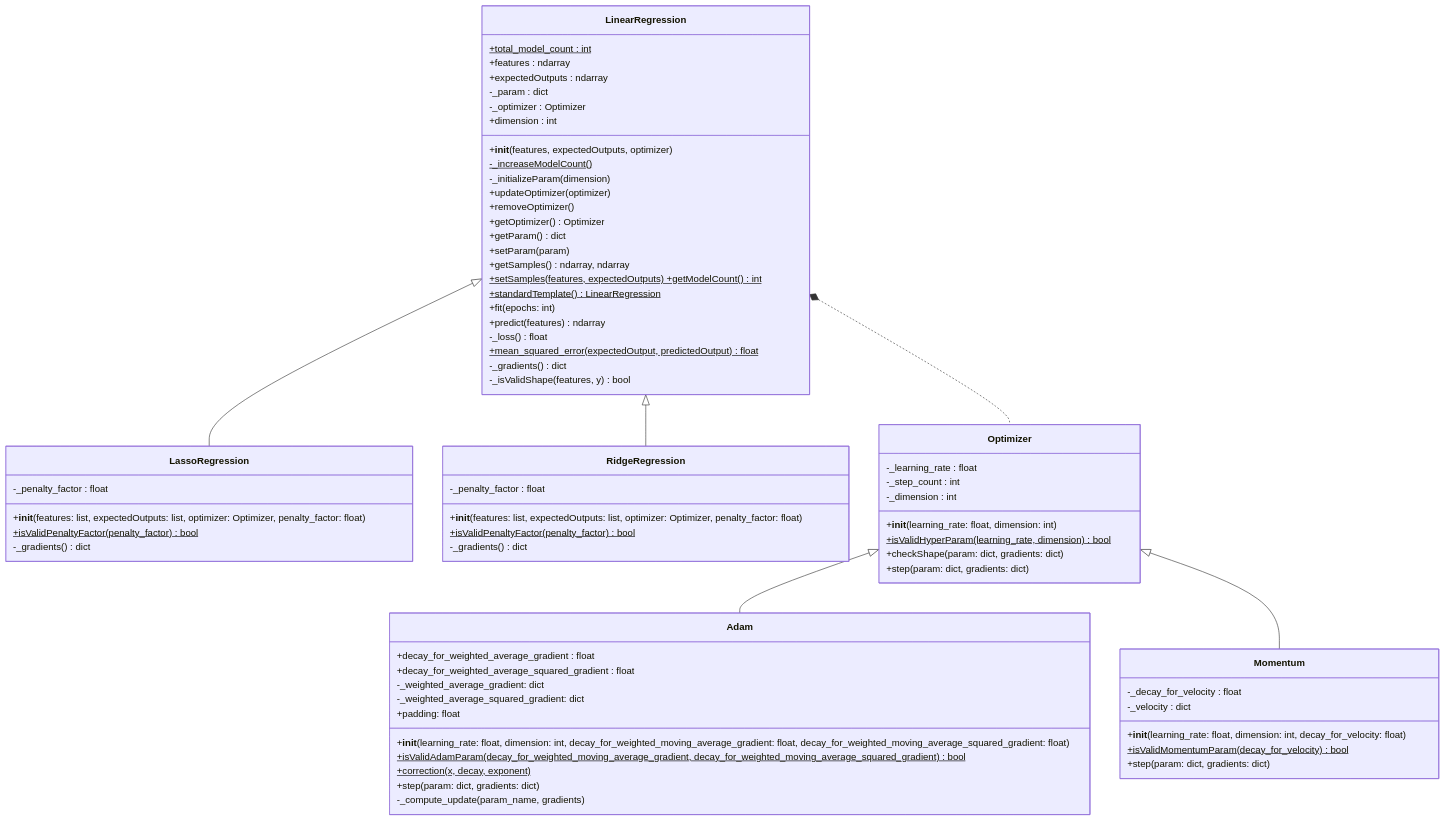
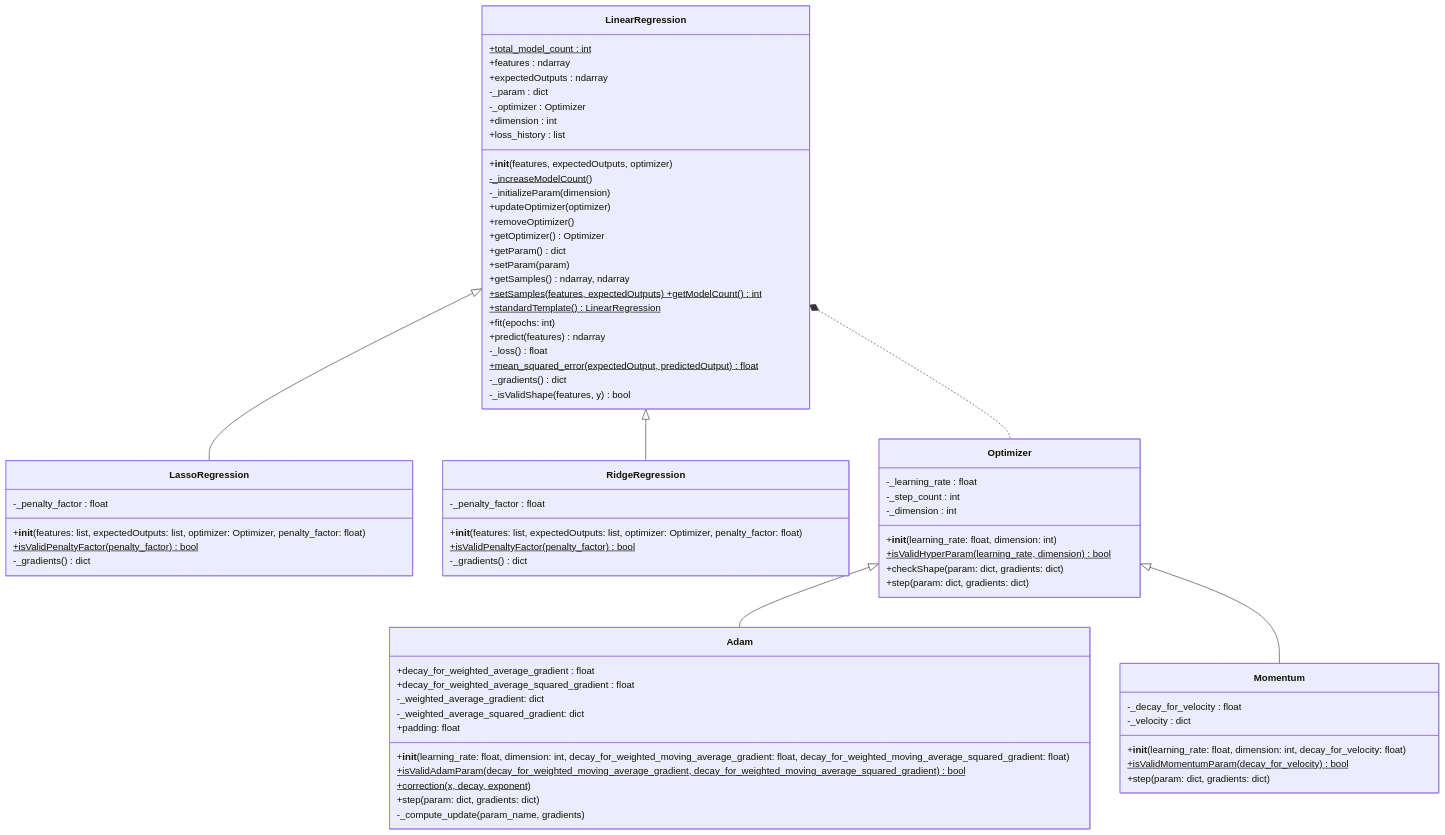
One commit to alexanderjiaschool/LinearRegression changed the diagram in UML.md. Above: the diagram before and after it, drawn with Mermaid. The commit also changed 2 other files, not shown here.

Commit message:
Updated loss history record in LinearRegression, rearranged UML diagram and updated demo code to use matplotlib

````diff
--- a/UML.md
+++ b/UML.md
@@ -1,79 +1,80 @@
 ```mermaid
 classDiagram
     class LinearRegression {
         +total_model_count : int$
         +features : ndarray
         +expectedOutputs : ndarray
         -_param : dict
         -_optimizer : Optimizer
+        +dimension : int
+        +loss_history : list
         +__init__(features, expectedOutputs, optimizer)
         -_increaseModelCount()$
-        +dimension : int
         -_initializeParam(dimension)
         +updateOptimizer(optimizer)
         +removeOptimizer()
         +getOptimizer() Optimizer
         +getParam() dict
         +setParam(param)
         +getSamples() ndarray, ndarray
         +setSamples(features, expectedOutputs) +getModelCount()$ int
         +standardTemplate()$ LinearRegression
         +fit(epochs: int)
         +predict(features) ndarray
         -_loss() float
         +mean_squared_error(expectedOutput, predictedOutput)$ float
         -_gradients() dict
         -_isValidShape(features, y) bool
     }
 
     class LassoRegression {
         -_penalty_factor : float
         +__init__(features: list, expectedOutputs: list, optimizer: Optimizer, penalty_factor: float)
         +isValidPenaltyFactor(penalty_factor)$ bool
         -_gradients() dict
     }
 
     class RidgeRegression {
         -_penalty_factor : float
         +__init__(features: list, expectedOutputs: list, optimizer: Optimizer, penalty_factor: float)
         +isValidPenaltyFactor(penalty_factor)$ bool
         -_gradients() dict
     }
 
     class Optimizer {
         -_learning_rate : float
         -_step_count : int
         -_dimension : int
         +__init__(learning_rate: float, dimension: int)
         +isValidHyperParam(learning_rate, dimension)$ bool
         +checkShape(param: dict, gradients: dict)
         +step(param: dict, gradients: dict)
     }
 
     class Adam {
         +decay_for_weighted_average_gradient : float
         +decay_for_weighted_average_squared_gradient : float
         -_weighted_average_gradient: dict
         -_weighted_average_squared_gradient: dict
         +padding: float
         +__init__(learning_rate: float, dimension: int, decay_for_weighted_moving_average_gradient: float, decay_for_weighted_moving_average_squared_gradient: float)
         +isValidAdamParam(decay_for_weighted_moving_average_gradient, decay_for_weighted_moving_average_squared_gradient)$ bool
         +correction(x, decay, exponent)$
         +step(param: dict, gradients: dict)
         -_compute_update(param_name, gradients)
     }
 
     class Momentum {
         -_decay_for_velocity : float
         -_velocity : dict
         +__init__(learning_rate: float, dimension: int, decay_for_velocity: float)
         +isValidMomentumParam(decay_for_velocity)$ bool
         +step(param: dict, gradients: dict)
     }
 
     LinearRegression <|-- LassoRegression
     LinearRegression <|-- RidgeRegression
     Optimizer <|-- Adam
     Optimizer <|-- Momentum
     LinearRegression *.. Optimizer
 ```
````
